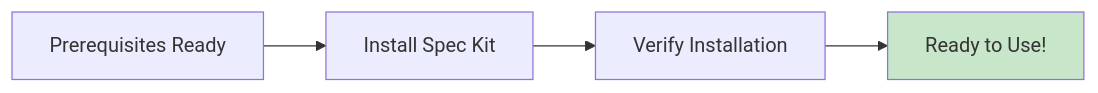
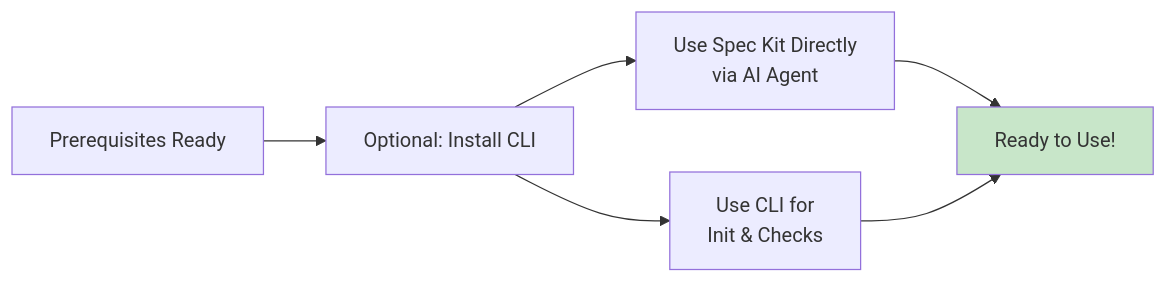
Before and after one commit to matehall/Spec-Kit-Course: the third of 3 diagrams in Module-02-Getting-Started/Lesson-04-Prerequisites-and-Installation.md, drawn with Mermaid. The commit also changed other lines of this file, not shown here.

Commit message:
Clarify installation instructions for Spec Kit and emphasize optional CLI usage

````diff
--- a/Module-02-Getting-Started/Lesson-04-Prerequisites-and-Installation.md
+++ b/Module-02-Getting-Started/Lesson-04-Prerequisites-and-Installation.md
@@ -254,8 +256,11 @@
 ```mermaid
 graph LR
-    Prereqs[Prerequisites Ready] --> Install[Install Spec Kit]
-    Install --> Verify[Verify Installation]
-    Verify --> Ready[Ready to Use!]
+    Prereqs[Prerequisites Ready] --> Optional[Optional: Install CLI]
+    Optional --> Direct[Use Spec Kit Directly<br/>via AI Agent]
+    Optional --> CLI[Use CLI for<br/>Init & Checks]
+    
+    Direct --> Ready[Ready to Use!]
+    CLI --> Ready
     
     style Ready fill:#c8e6c9
 ```
````
